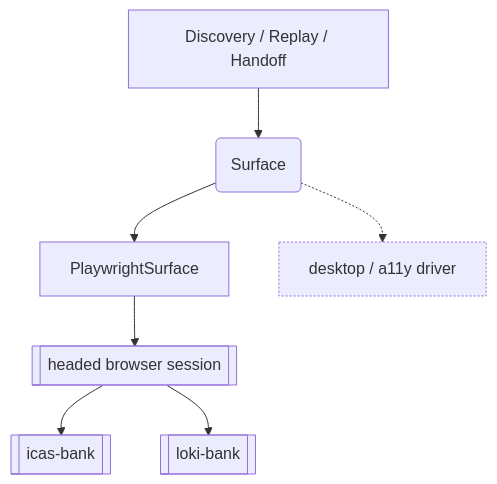
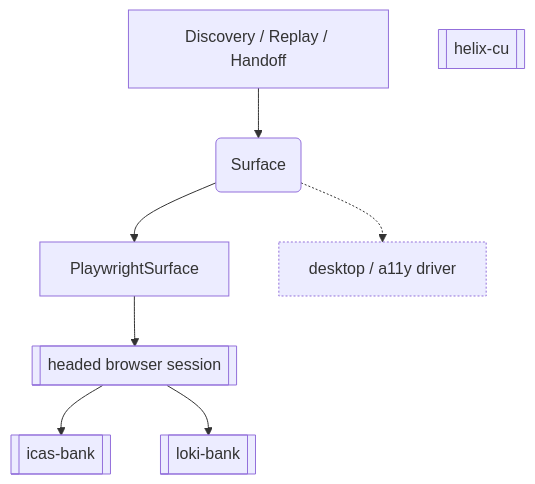
One commit to ankinelaturu/icas changed the eighth of 17 diagrams in docs/00-system-design.md. Above: the diagram before and after it, drawn with Mermaid. The commit also changed other lines of this file and 2 other files, not shown here.

First line of the commit message:
feat(system-design): add helix-cu integration to ICAS flowchart and documentation

````diff
--- a/docs/00-system-design.md
+++ b/docs/00-system-design.md
@@ -381,20 +386,21 @@
 ```mermaid
 flowchart TB
   callers["Discovery / Replay / Handoff"]
   seam(Surface)
   pw[PlaywrightSurface]
   browser[["headed browser session"]]
   bank[["icas-bank"]]
   loki[["loki-bank"]]
+  helix[["helix-cu"]]
   desktop["desktop / a11y driver"]
 
   callers --> seam
   seam --> pw
   pw --> browser
   browser --> bank
   browser --> loki
   seam -.-> desktop
 
   classDef todo stroke-dasharray: 2 2
   class desktop todo
 ```
````
